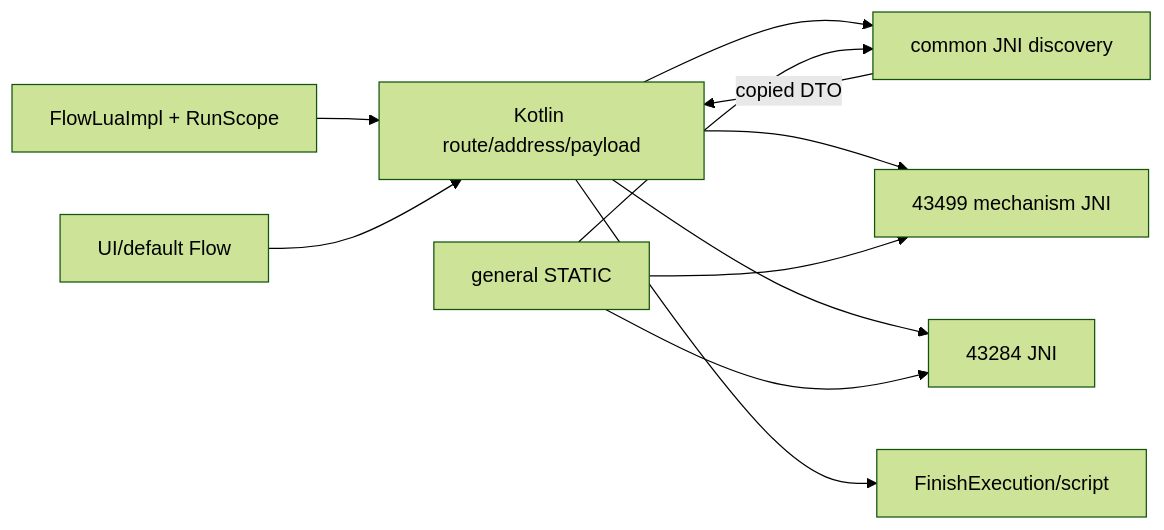
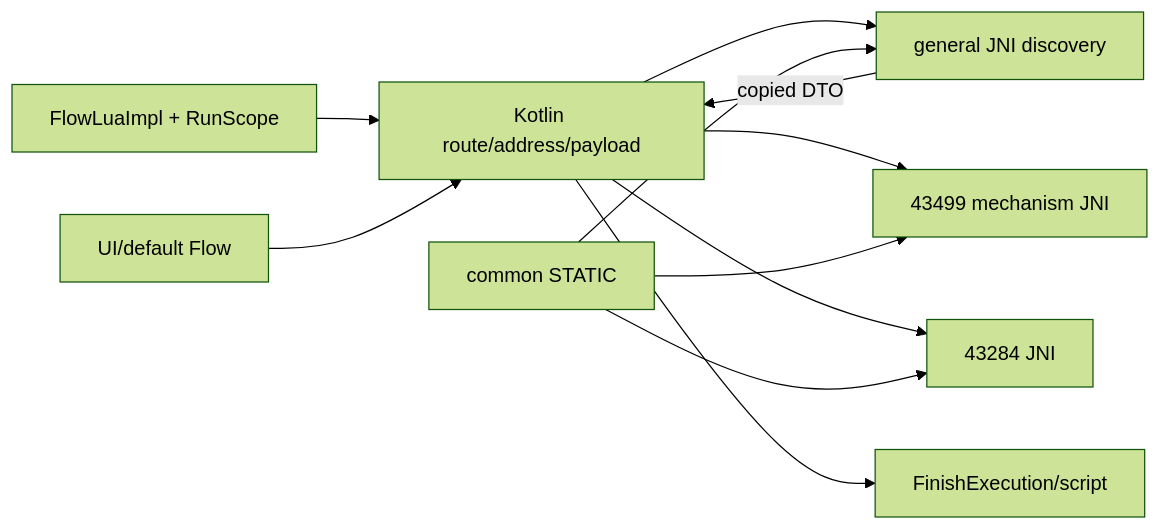
Diagram 21 of 24 in docs/development/full-process-uml.md (YuKongA/ghostlock-app), drawn with Mermaid (forest theme) before and after one commit. The commit also changed other lines of this file and 378 other files, not shown here.

````diff
--- a/docs/development/full-process-uml.md
+++ b/docs/development/full-process-uml.md
@@ -727,13 +727,13 @@
 ```mermaid
 flowchart LR
   Lua[FlowLuaImpl + RunScope] --> K[Kotlin route/address/payload]
   UI[UI/default Flow] --> K
-  K --> C[common JNI discovery]
+  K --> C[general JNI discovery]
   C -->|copied DTO| K
   K --> B4[43499 mechanism JNI]
   K --> B2[43284 JNI]
-  G[general STATIC] --> C
+  G[common STATIC] --> C
   G --> B4
   G --> B2
   K --> F[FinishExecution/script]
 ```
````
